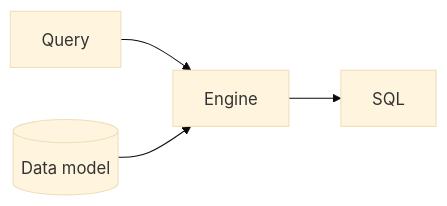
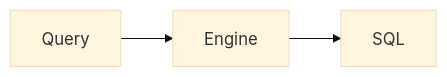
The second of 5 diagrams in docs/pages/engineering/architecture/querying/query-lifecycle.md (gitlabhq/orbit-knowledge-graph), drawn with Mermaid (base theme) before and after one commit. The commit also changed other lines of this file and 8 other files, not shown here.

Commit message:
docs(testing): rewrite the end-to-end page and use banner diagrams

````diff
--- a/docs/pages/engineering/architecture/querying/query-lifecycle.md
+++ b/docs/pages/engineering/architecture/querying/query-lifecycle.md
@@ -47,5 +47,4 @@
 ```mermaid
 flowchart LR
     Query --> Engine --> SQL
-    Model[(Data model)] --> Engine
 ```
````
